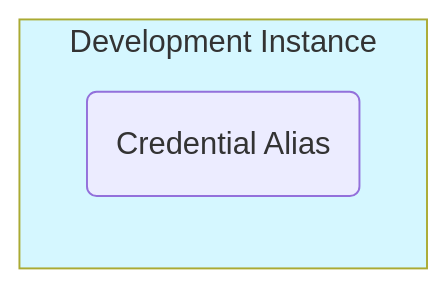
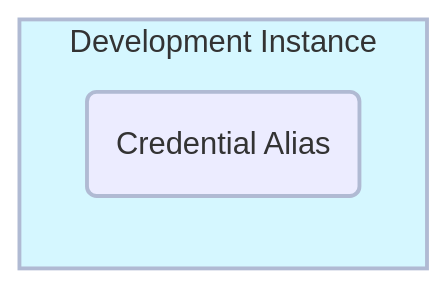
The second of 2 diagrams in docs/02-Implementation/02-Dev/210-dev-credentials.md (CreatorWorkflowsNow/lab-aemc-utah), drawn with Mermaid before and after one commit. The commit also changed other lines of this file and 54 other files, not shown here.

````diff
--- a/docs/02-Implementation/02-Dev/210-dev-credentials.md
+++ b/docs/02-Implementation/02-Dev/210-dev-credentials.md
@@ -28,7 +26,8 @@
 ``` mermaid
 graph LR
     subgraph Dev[Development Instance]
        Credential("Credential Alias")
     end
-    style Dev fill:#D5F7FF
+    style Dev fill:#D5F7FF,stroke:#B0BAD3,stroke-width:2px,color:#333
+    style Credential fill:#ECECFF,stroke:#B0BAD3,stroke-width:2px,color:#333;
 ```
````
